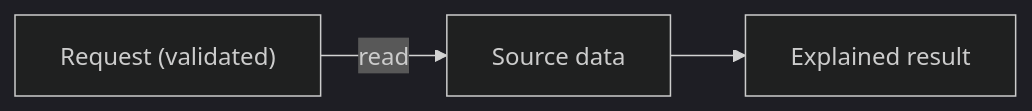
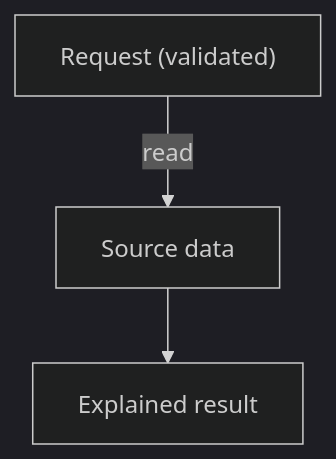
Before and after one commit to voxmenthe/agent-system: the diagram in AGENT-ENGINEERING/SKILL-SYSTEM/skills/explain-code/references/mermaid-authoring.md, drawn with Mermaid (dark theme). The commit also changed other lines of this file and 11 other files, not shown here.

````diff
--- a/AGENT-ENGINEERING/SKILL-SYSTEM/skills/explain-code/references/mermaid-authoring.md
+++ b/AGENT-ENGINEERING/SKILL-SYSTEM/skills/explain-code/references/mermaid-authoring.md
@@ -10,5 +13,5 @@
 ```mermaid
-flowchart LR
+flowchart TD
     input["Request (validated)"] -->|"read"| store["Source data"]
     store --> result["Explained result"]
 ```
````
